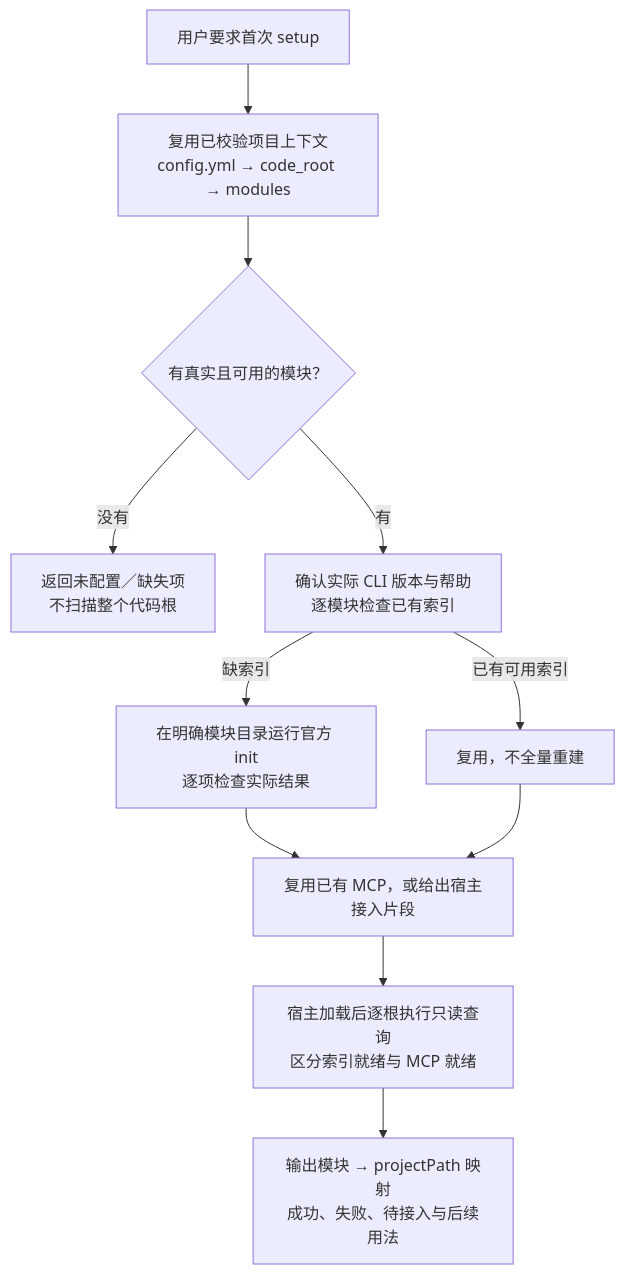
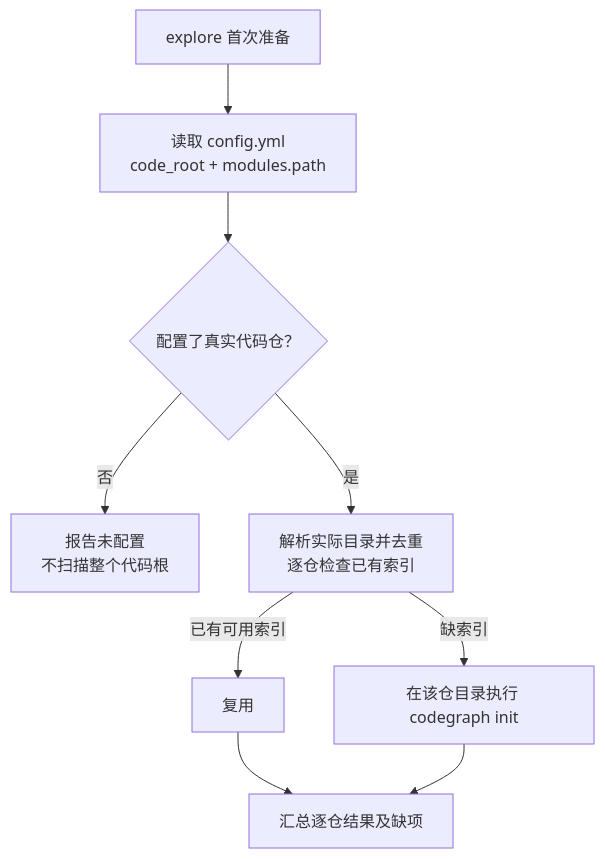
Diagram 22 of 27 in himate-knowledge-wifi-mp/docs-llm-wiki/知识库详细设计.md (Robin-hhc/FactumCore), drawn with Mermaid before and after one commit. The commit also changed other lines of this file and 10 other files, not shown here.

Commit message:
refactor: fold CodeGraph initialization into knowledge explore

````diff
--- a/himate-knowledge-wifi-mp/docs-llm-wiki/知识库详细设计.md
+++ b/himate-knowledge-wifi-mp/docs-llm-wiki/知识库详细设计.md
@@ -874,13 +872,11 @@
 ```mermaid
 flowchart TD
-    START["用户要求首次 setup"] --> MAP["复用已校验项目上下文<br/>config.yml → code_root → modules"]
-    MAP --> EMPTY{"有真实且可用的模块？"}
-    EMPTY -->|"没有"| GAP["返回未配置／缺失项<br/>不扫描整个代码根"]
-    EMPTY -->|"有"| CHECK["确认实际 CLI 版本与帮助<br/>逐模块检查已有索引"]
-    CHECK -->|"缺索引"| INIT["在明确模块目录运行官方 init<br/>逐项检查实际结果"]
-    CHECK -->|"已有可用索引"| KEEP["复用，不全量重建"]
-    INIT --> MCP["复用已有 MCP，或给出宿主接入片段"]
-    KEEP --> MCP
-    MCP --> PROBE["宿主加载后逐根执行只读查询<br/>区分索引就绪与 MCP 就绪"]
-    PROBE --> GUIDE["输出模块 → projectPath 映射<br/>成功、失败、待接入与后续用法"]
+    START["explore 首次准备"] --> MAP["读取 config.yml<br/>code_root + modules.path"]
+    MAP --> EMPTY{"配置了真实代码仓？"}
+    EMPTY -->|否| GAP["报告未配置<br/>不扫描整个代码根"]
+    EMPTY -->|是| CHECK["解析实际目录并去重<br/>逐仓检查已有索引"]
+    CHECK -->|已有可用索引| KEEP["复用"]
+    CHECK -->|缺索引| INIT["在该仓目录执行 codegraph init"]
+    KEEP --> RESULT["汇总逐仓结果及缺项"]
+    INIT --> RESULT
 ```
````
